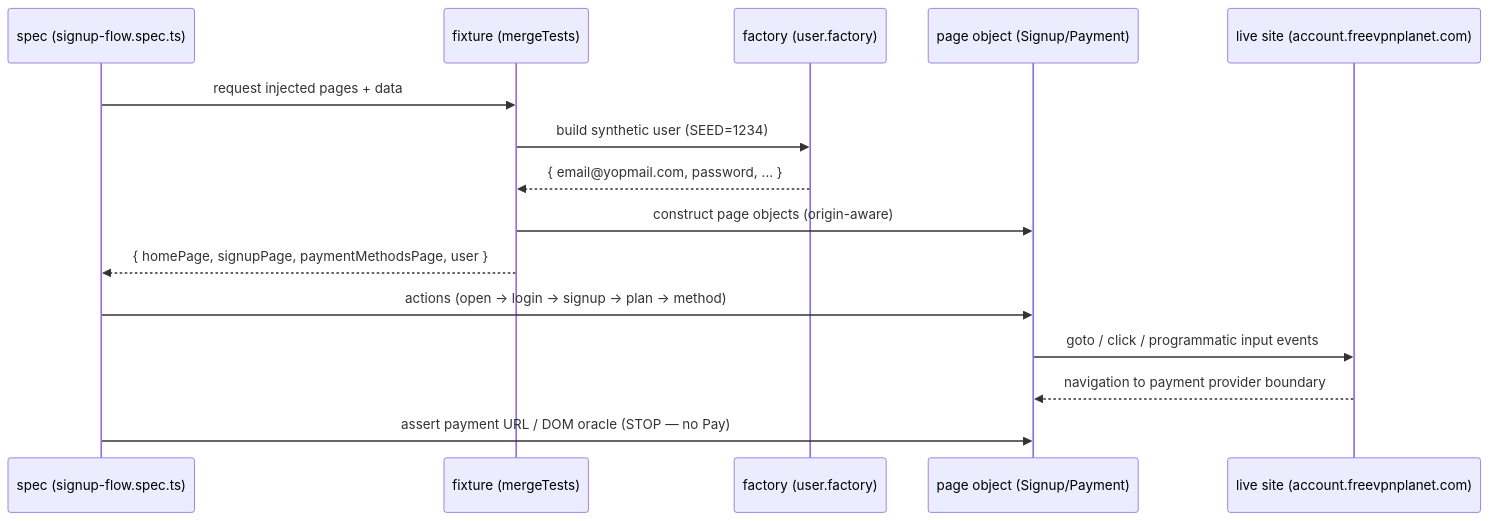
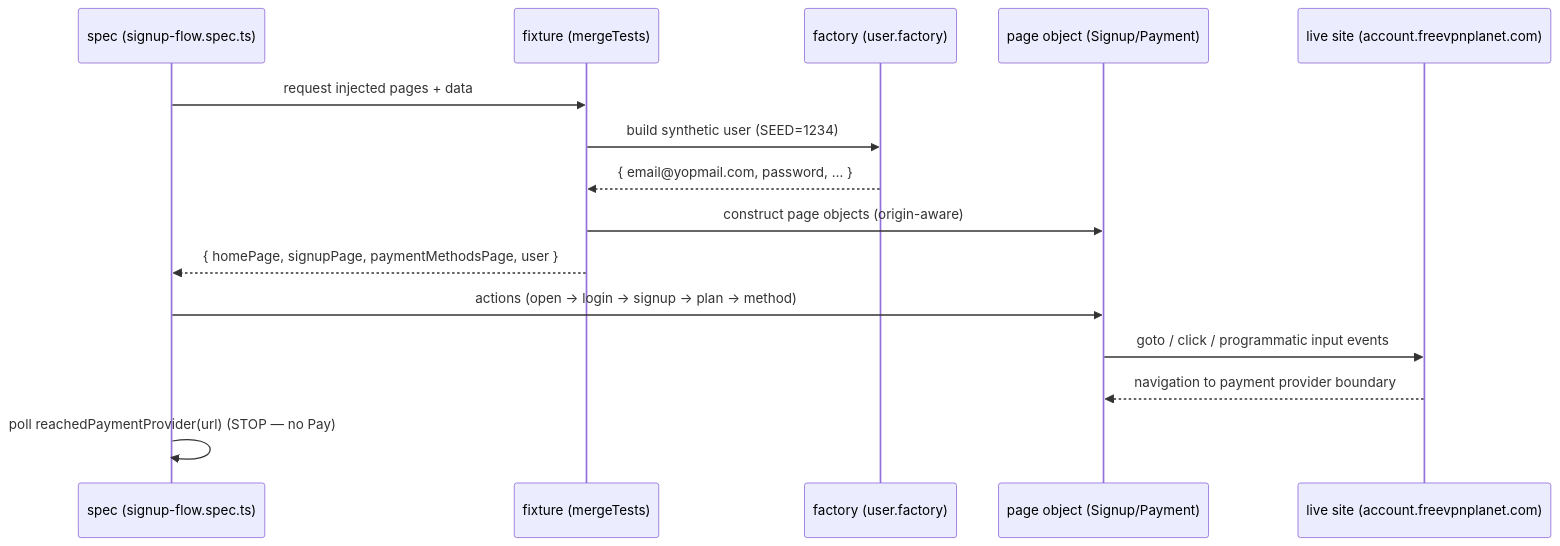
Before and after one commit to Kseolis/test-framework-example: the second of 3 diagrams in docs/ARCHITECTURE.md, drawn with Mermaid. The commit also changed other lines of this file and 22 other files, not shown here.

````diff
--- a/docs/ARCHITECTURE.md
+++ b/docs/ARCHITECTURE.md
@@ -45,18 +51,18 @@
 ```mermaid
 sequenceDiagram
     participant Spec as spec (signup-flow.spec.ts)
     participant Fix as fixture (mergeTests)
     participant Fac as factory (user.factory)
     participant PO as page object (Signup/Payment)
     participant Site as live site (account.freevpnplanet.com)
 
     Spec->>Fix: request injected pages + data
     Fix->>Fac: build synthetic user (SEED=1234)
     Fac-->>Fix: { email@yopmail.com, password, … }
     Fix->>PO: construct page objects (origin-aware)
     Fix-->>Spec: { homePage, signupPage, paymentMethodsPage, user }
     Spec->>PO: actions (open → login → signup → plan → method)
     PO->>Site: goto / click / programmatic input events
     Site-->>PO: navigation to payment provider boundary
-    Spec->>PO: assert payment URL / DOM oracle (STOP — no Pay)
+    Spec->>Spec: poll reachedPaymentProvider(url) (STOP — no Pay)
 ```
````
